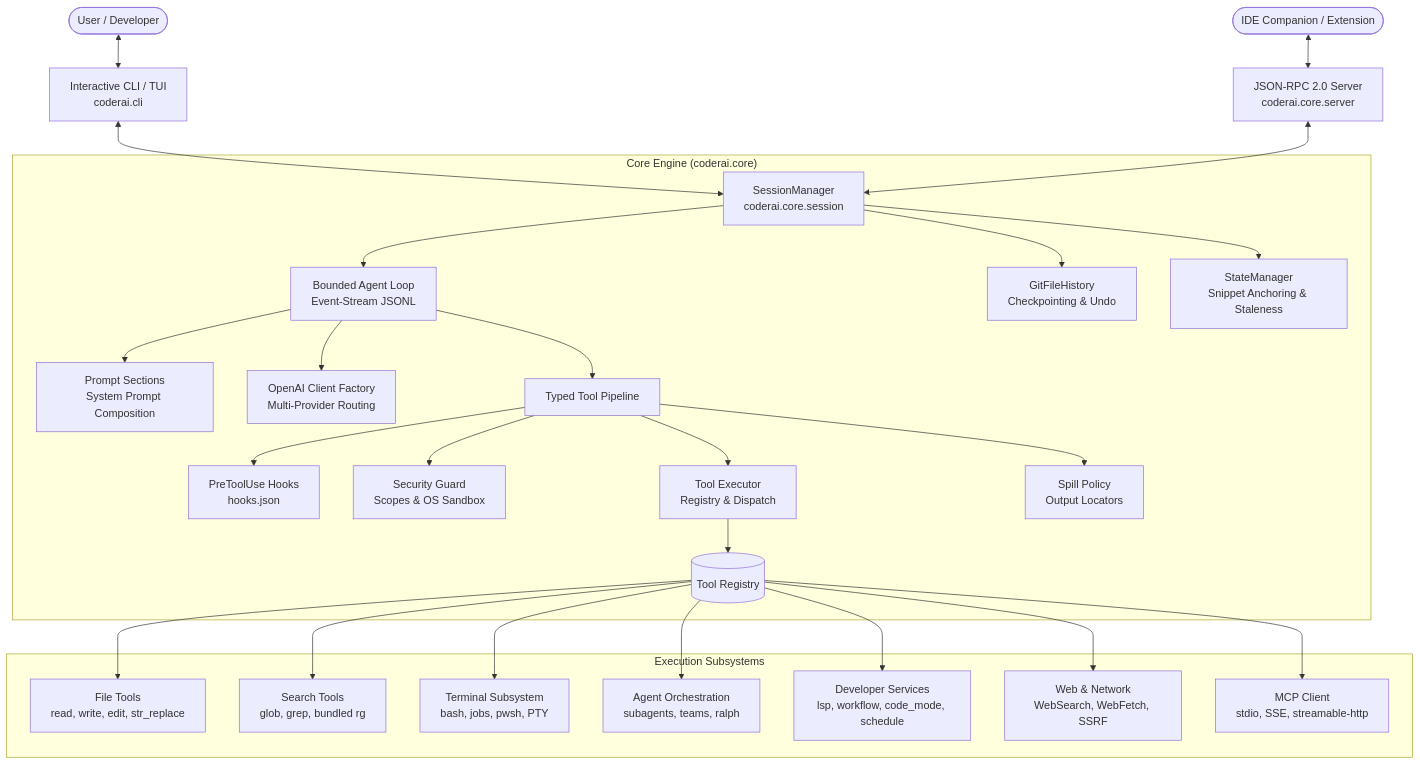
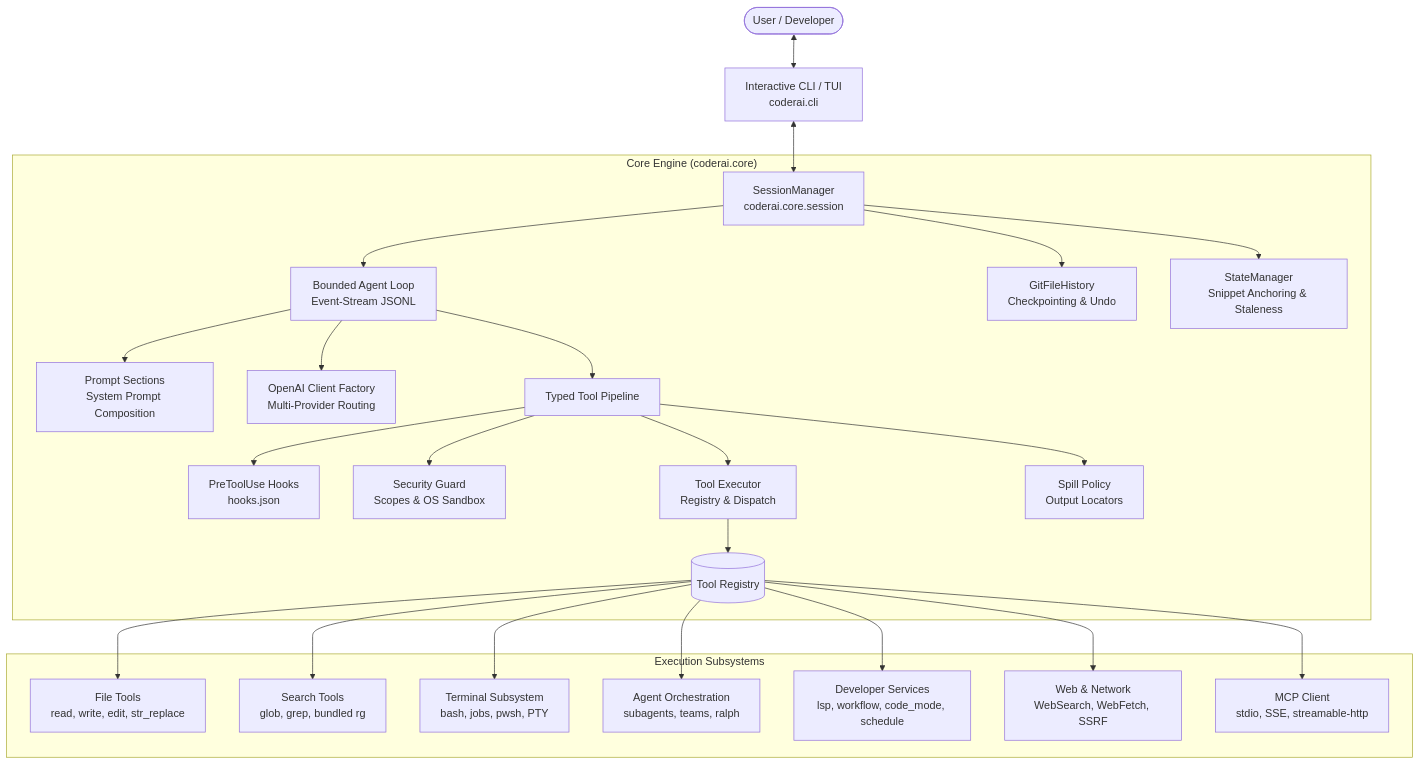
One commit to adityaanilraut/CoderAI changed the diagram in docs/ARCHITECTURE.md. Above: the diagram before and after it, drawn with Mermaid. The commit also changed other lines of this file and 34 other files, not shown here.

Commit message:
feat(core): modernize core architecture with event-driven agent loop, skills system, and persistence

````diff
--- a/docs/ARCHITECTURE.md
+++ b/docs/ARCHITECTURE.md
@@ -9,36 +9,34 @@
 ```mermaid
 graph TD
     User([User / Developer]) <--> CLI[Interactive CLI / TUI<br/>coderai.cli]
-    IDE([IDE Companion / Extension]) <--> Server[JSON-RPC 2.0 Server<br/>coderai.core.server]
     
     CLI <--> SessionMgr[SessionManager<br/>coderai.core.session]
-    Server <--> SessionMgr
     
     subgraph "Core Engine (coderai.core)"
         SessionMgr --> Loop[Bounded Agent Loop<br/>Event-Stream JSONL]
         SessionMgr --> GitHist[GitFileHistory<br/>Checkpointing & Undo]
         SessionMgr --> StateMgr[StateManager<br/>Snippet Anchoring & Staleness]
         
         Loop --> PromptSec[Prompt Sections<br/>System Prompt Composition]
         Loop --> Client[OpenAI Client Factory<br/>Multi-Provider Routing]
         
         Loop --> Pipeline[Typed Tool Pipeline]
         
         Pipeline --> PreHook[PreToolUse Hooks<br/>hooks.json]
         Pipeline --> SandboxGuard[Security Guard<br/>Scopes & OS Sandbox]
         Pipeline --> Executor[Tool Executor<br/>Registry & Dispatch]
         Pipeline --> SpillPolicy[Spill Policy<br/>Output Locators]
         
         Executor --> ToolRegistry[(Tool Registry)]
     end
     
     subgraph "Execution Subsystems"
         ToolRegistry --> FileOps[File Tools<br/>read, write, edit, str_replace]
         ToolRegistry --> SearchOps[Search Tools<br/>glob, grep, bundled rg]
         ToolRegistry --> TerminalOps[Terminal Subsystem<br/>bash, jobs, pwsh, PTY]
         ToolRegistry --> AgentsOps[Agent Orchestration<br/>subagents, teams, ralph]
         ToolRegistry --> DevOps[Developer Services<br/>lsp, workflow, code_mode, schedule]
         ToolRegistry --> WebOps[Web & Network<br/>WebSearch, WebFetch, SSRF]
         ToolRegistry --> MCPOps[MCP Client<br/>stdio, SSE, streamable-http]
     end
 ```
````
